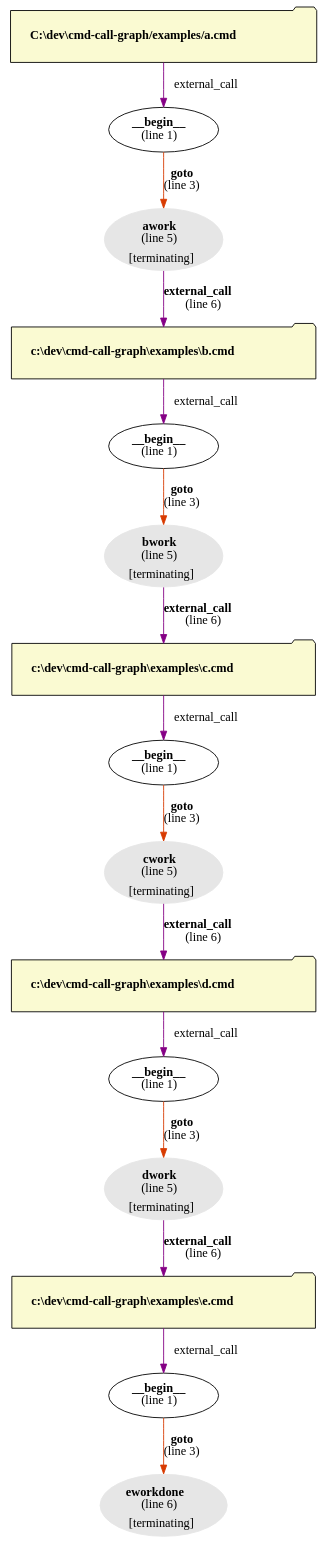
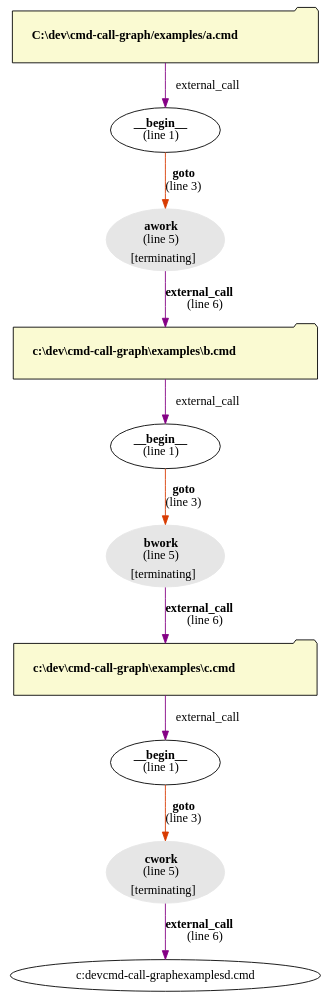
The diagram in examples/a.dot (microsoft/cmd-call-graph), drawn with Graphviz before and after one commit. The commit also changed 8 other files, not shown here.

```diff
--- a/examples/a.dot
+++ b/examples/a.dot
@@ -1,31 +1,20 @@
 digraph g {
 "C:\dev\cmd-call-graph/examples/a.cmd" [style=filled,fillcolor=lightgoldenrodyellow,shape=folder,margin=.3,label=<<b>C:\dev\cmd-call-graph/examples/a.cmd</b>>]
 "C:\dev\cmd-call-graph/examples/a.cmd" -> "__begin__c:\dev\cmd-call-graph/examples/a.cmd" [label=" external_call",color="#850085"]
 "__begin__c:\dev\cmd-call-graph/examples/a.cmd" [label=<<b>__begin__</b><br/>(line 1)>]
 "__begin__c:\dev\cmd-call-graph/examples/a.cmd" -> "awork" [label=<<b>goto</b><br />(line 3)>,color="#d83b01"]
 "awork" [color="#e6e6e6",style=filled,label=<<b>awork</b><br/>(line 5)<br/><sub>[terminating]</sub>>]
 "awork" -> "c:\dev\cmd-call-graph\examples\b.cmd" [label=<<b>external_call</b><br />(line 6)>,color="#850085"]
 "__begin__c:\dev\cmd-call-graph\examples\b.cmd" [label=<<b>__begin__</b><br/>(line 1)>]
 "__begin__c:\dev\cmd-call-graph\examples\b.cmd" -> "bwork" [label=<<b>goto</b><br />(line 3)>,color="#d83b01"]
 "bwork" [color="#e6e6e6",style=filled,label=<<b>bwork</b><br/>(line 5)<br/><sub>[terminating]</sub>>]
 "bwork" -> "c:\dev\cmd-call-graph\examples\c.cmd" [label=<<b>external_call</b><br />(line 6)>,color="#850085"]
 "c:\dev\cmd-call-graph\examples\b.cmd" [style=filled,fillcolor=lightgoldenrodyellow,shape=folder,margin=.3,label=<<b>c:\dev\cmd-call-graph\examples\b.cmd</b>>]
 "c:\dev\cmd-call-graph\examples\b.cmd" -> "__begin__c:\dev\cmd-call-graph\examples\b.cmd" [label=" external_call",color="#850085"]
 "__begin__c:\dev\cmd-call-graph\examples\c.cmd" [label=<<b>__begin__</b><br/>(line 1)>]
 "__begin__c:\dev\cmd-call-graph\examples\c.cmd" -> "cwork" [label=<<b>goto</b><br />(line 3)>,color="#d83b01"]
 "c:\dev\cmd-call-graph\examples\c.cmd" [style=filled,fillcolor=lightgoldenrodyellow,shape=folder,margin=.3,label=<<b>c:\dev\cmd-call-graph\examples\c.cmd</b>>]
 "c:\dev\cmd-call-graph\examples\c.cmd" -> "__begin__c:\dev\cmd-call-graph\examples\c.cmd" [label=" external_call",color="#850085"]
 "cwork" [color="#e6e6e6",style=filled,label=<<b>cwork</b><br/>(line 5)<br/><sub>[terminating]</sub>>]
 "cwork" -> "c:\dev\cmd-call-graph\examples\d.cmd" [label=<<b>external_call</b><br />(line 6)>,color="#850085"]
-"__begin__c:\dev\cmd-call-graph\examples\d.cmd" [label=<<b>__begin__</b><br/>(line 1)>]
-"__begin__c:\dev\cmd-call-graph\examples\d.cmd" -> "dwork" [label=<<b>goto</b><br />(line 3)>,color="#d83b01"]
-"c:\dev\cmd-call-graph\examples\d.cmd" [style=filled,fillcolor=lightgoldenrodyellow,shape=folder,margin=.3,label=<<b>c:\dev\cmd-call-graph\examples\d.cmd</b>>]
-"c:\dev\cmd-call-graph\examples\d.cmd" -> "__begin__c:\dev\cmd-call-graph\examples\d.cmd" [label=" external_call",color="#850085"]
-"dwork" [color="#e6e6e6",style=filled,label=<<b>dwork</b><br/>(line 5)<br/><sub>[terminating]</sub>>]
-"dwork" -> "c:\dev\cmd-call-graph\examples\e.cmd" [label=<<b>external_call</b><br />(line 6)>,color="#850085"]
-"__begin__c:\dev\cmd-call-graph\examples\e.cmd" [label=<<b>__begin__</b><br/>(line 1)>]
-"__begin__c:\dev\cmd-call-graph\examples\e.cmd" -> "eworkdone" [label=<<b>goto</b><br />(line 3)>,color="#d83b01"]
-"c:\dev\cmd-call-graph\examples\e.cmd" [style=filled,fillcolor=lightgoldenrodyellow,shape=folder,margin=.3,label=<<b>c:\dev\cmd-call-graph\examples\e.cmd</b>>]
-"c:\dev\cmd-call-graph\examples\e.cmd" -> "__begin__c:\dev\cmd-call-graph\examples\e.cmd" [label=" external_call",color="#850085"]
-"eworkdone" [color="#e6e6e6",style=filled,label=<<b>eworkdone</b><br/>(line 6)<br/><sub>[terminating]</sub>>]
 }
```
